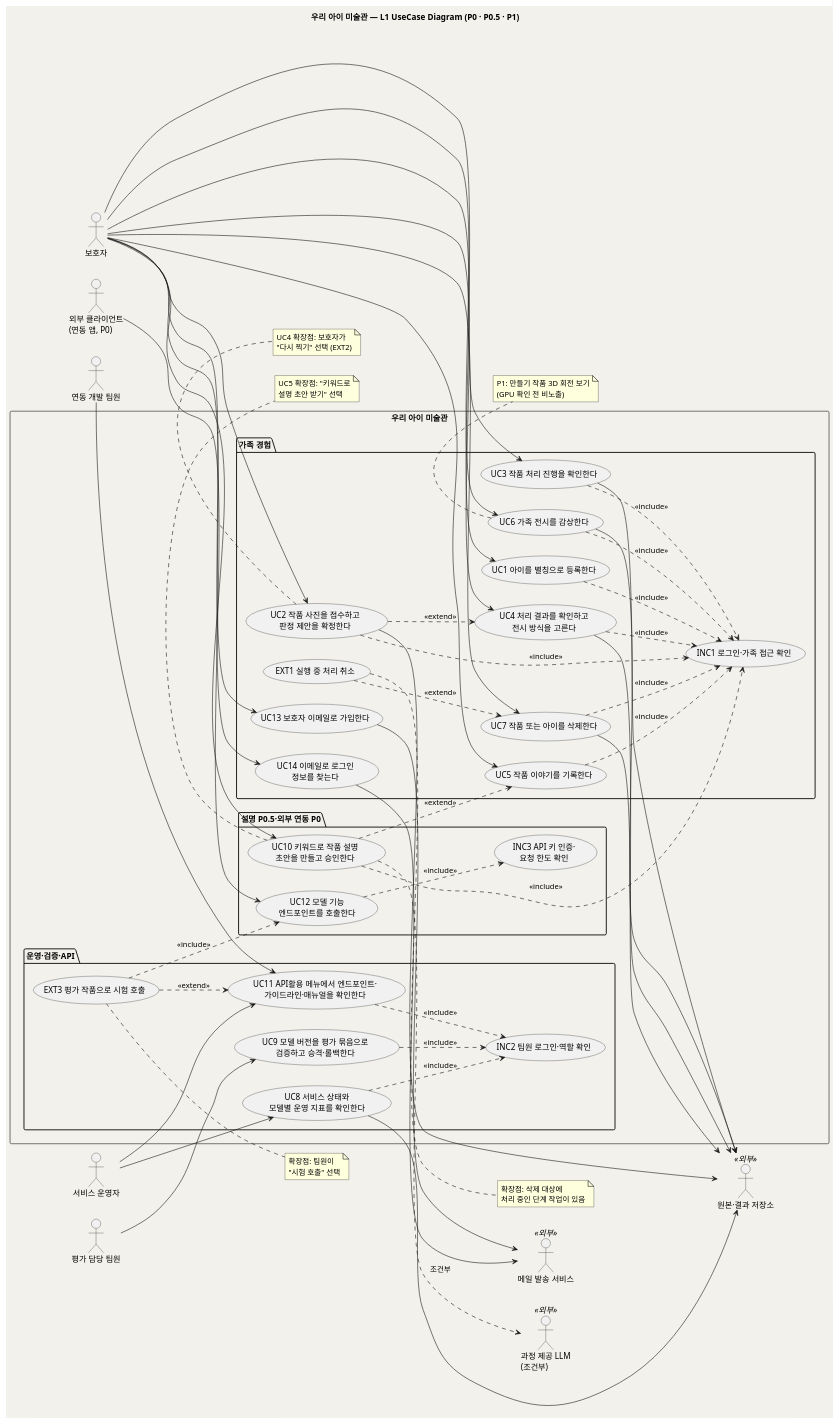
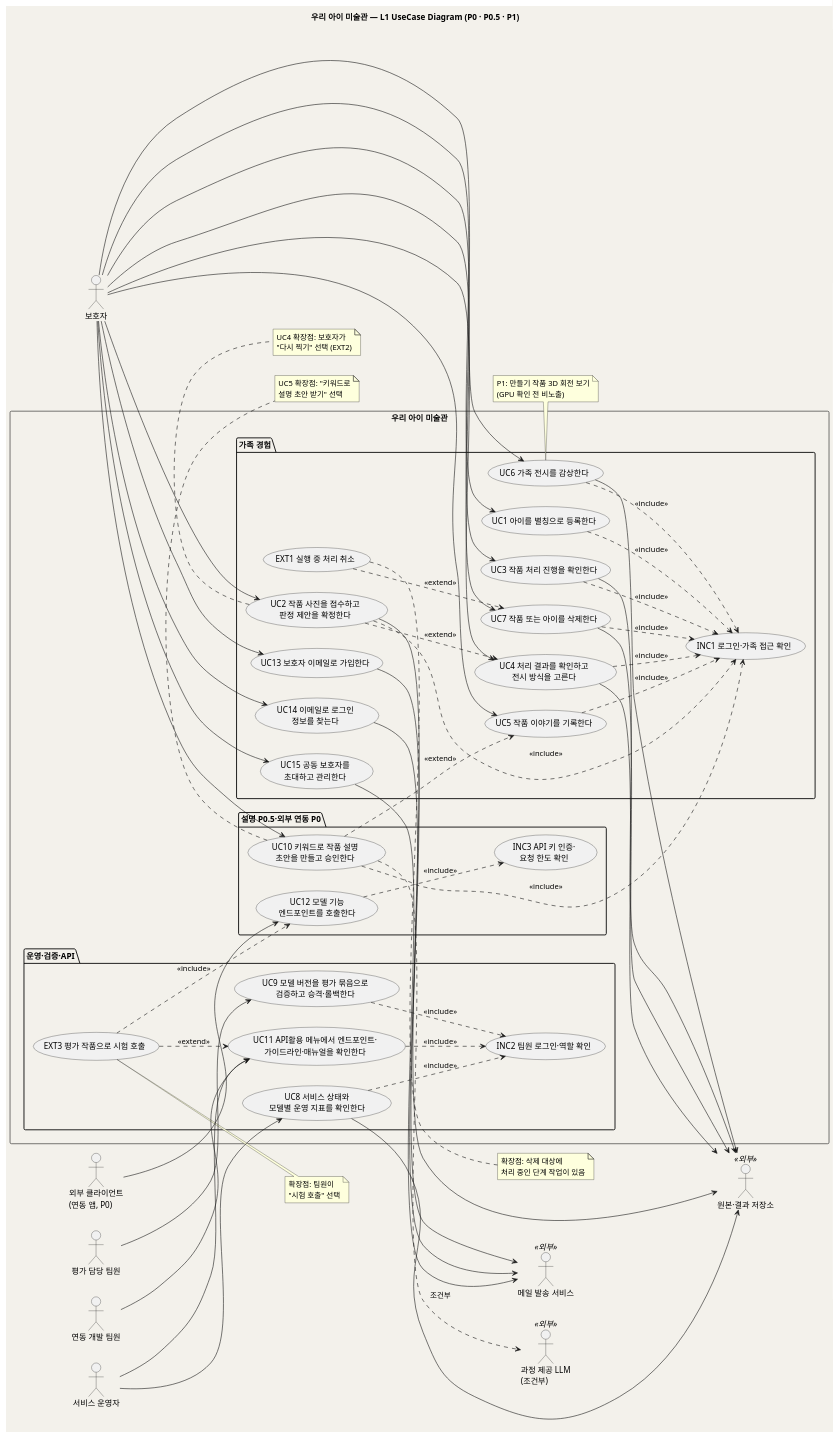
One commit to kids-gallery/uri-gallery changed the diagram in design/UC_00_개요_우리아이미술관.md. Above: the diagram before and after it, drawn with PlantUML. The commit also changed other lines of this file and 14 other files, not shown here.

```diff
--- a/design/UC_00_개요_우리아이미술관.md
+++ b/design/UC_00_개요_우리아이미술관.md
@@ -311,6 +314,7 @@
   package "가족 경험" {
     usecase "UC13 보호자 이메일로 가입한다" as UC13
     usecase "UC14 이메일로 로그인\n정보를 찾는다" as UC14
+    usecase "UC15 공동 보호자를\n초대하고 관리한다" as UC15
     usecase "UC1 아이를 별칭으로 등록한다" as UC1
     usecase "UC2 작품 사진을 접수하고\n판정 제안을 확정한다" as UC2
     usecase "UC3 작품 처리 진행을 확인한다" as UC3
@@ -337,6 +341,8 @@
 
 Parent --> UC13
 Parent --> UC14
+Parent --> UC15
+UC15 --> Mail
 Parent --> UC1
 Parent --> UC2
 Parent --> UC3
```
